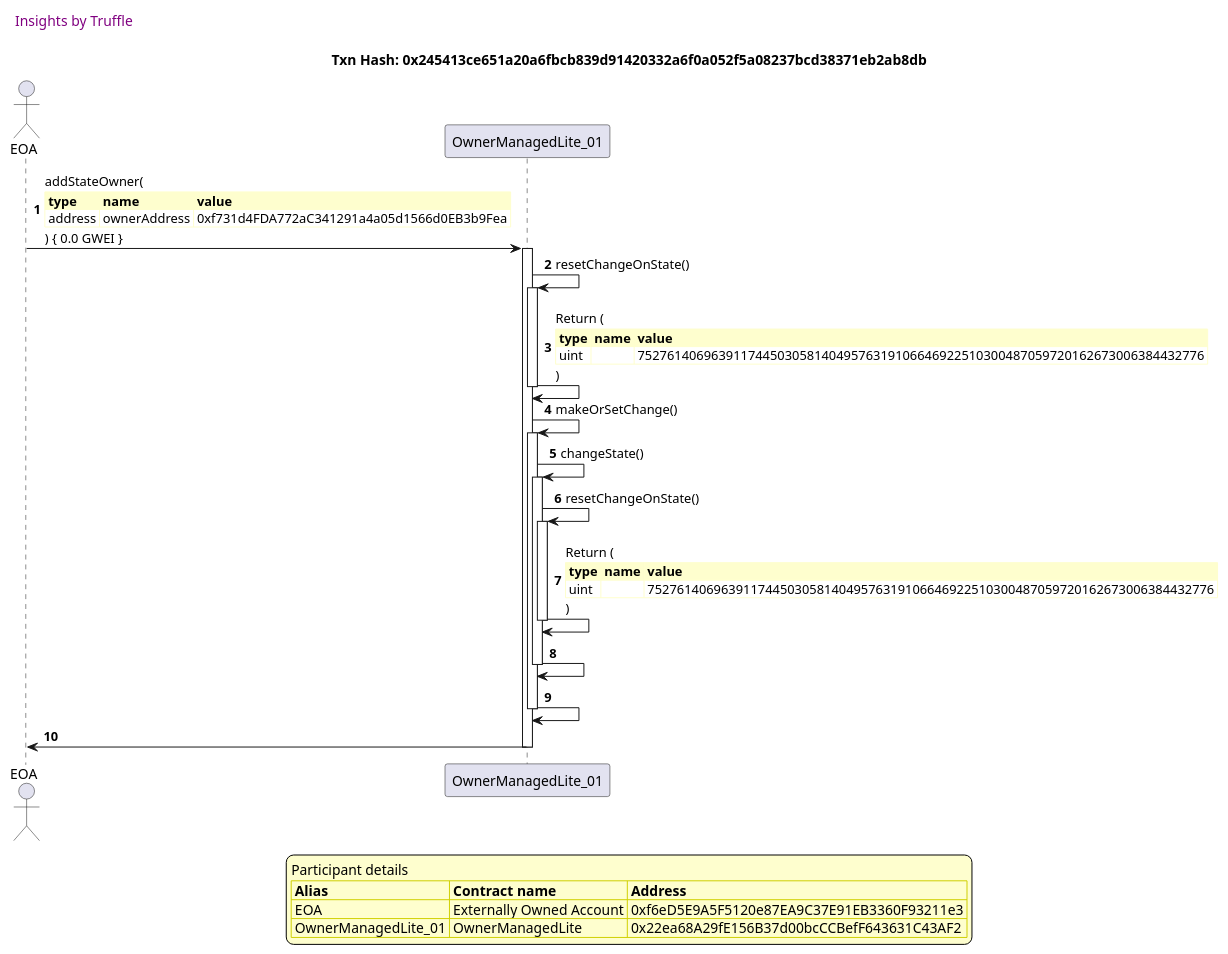
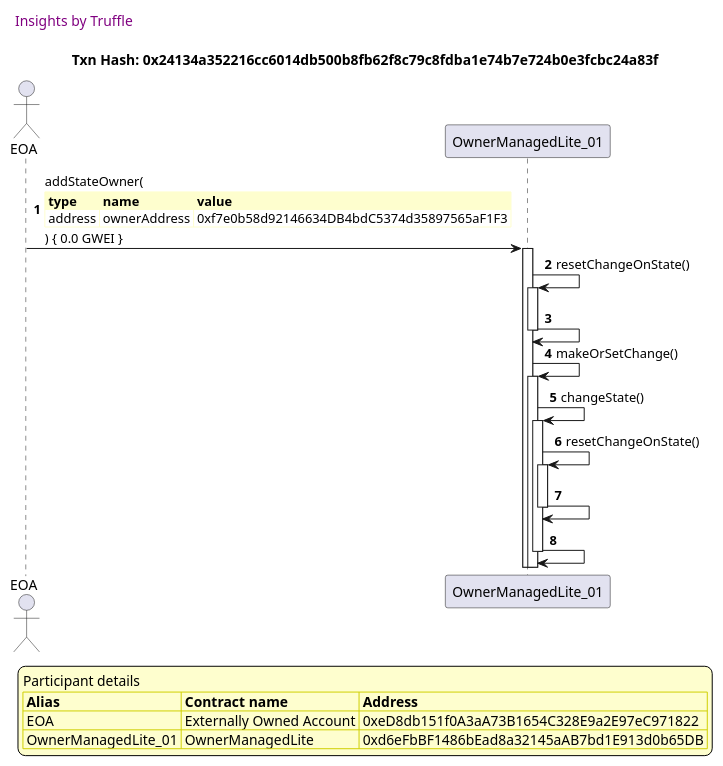
One commit to thedarkjester/ConsensysAssignment changed diagram 12 of 15 in truffle-seq/OwnerManagedLite_test_agree_to_state_change.md. Above: the diagram before and after it, drawn with PlantUML. The commit also changed other lines of this file and 13 other files, not shown here.

````diff
--- a/truffle-seq/OwnerManagedLite_test_agree_to_state_change.md
+++ b/truffle-seq/OwnerManagedLite_test_agree_to_state_change.md
@@ -526,54 +526,46 @@
 ```plantuml
 
 
 @startuml
 
 autonumber
 skinparam legendBackgroundColor #FEFECE
 
 <style>
       header {
         HorizontalAlignment left
         FontColor purple
         FontSize 14
         Padding 10
       }
     </style>
 
 header Insights by Truffle
 
-title Txn Hash: 0x245413ce651a20a6fbcb839d91420332a6f0a052f5a08237bcd38371eb2ab8db
+title Txn Hash: 0x24134a352216cc6014db500b8fb62f8c79c8fdba1e74b7e724b0e3fcbc24a83f
 
 
 actor EOA as "EOA"
 participant OwnerManagedLite_01 as "OwnerManagedLite_01"
 
 "EOA" -> "OwnerManagedLite_01" ++: addStateOwner(\n\
 <#FEFECE,#FEFECE>|= type |= name |= value |\n\
-| address | ownerAddress | 0xf731d4FDA772aC341291a4a05d1566d0EB3b9Fea |\n\
+| address | ownerAddress | 0xf7e0b58d92146634DB4bdC5374d35897565aF1F3 |\n\
 ) { 0.0 GWEI }
 "OwnerManagedLite_01" -> "OwnerManagedLite_01" ++: resetChangeOnState()
-"OwnerManagedLite_01" -> "OwnerManagedLite_01" --: Return (\n\
-<#FEFECE,#FEFECE>|= type |= name |= value |\n\
-| uint |  | 75276140696391174450305814049576319106646922510300487059720162673006384432776 |\n\
-)
+"OwnerManagedLite_01" -> "OwnerManagedLite_01" --: 
 "OwnerManagedLite_01" -> "OwnerManagedLite_01" ++: makeOrSetChange()
 "OwnerManagedLite_01" -> "OwnerManagedLite_01" ++: changeState()
 "OwnerManagedLite_01" -> "OwnerManagedLite_01" ++: resetChangeOnState()
-"OwnerManagedLite_01" -> "OwnerManagedLite_01" --: Return (\n\
-<#FEFECE,#FEFECE>|= type |= name |= value |\n\
-| uint |  | 75276140696391174450305814049576319106646922510300487059720162673006384432776 |\n\
-)
 "OwnerManagedLite_01" -> "OwnerManagedLite_01" --: 
 "OwnerManagedLite_01" -> "OwnerManagedLite_01" --: 
-"OwnerManagedLite_01" -> "EOA" --: 
 
 legend
 Participant details
 <#FEFECE,#D0D000>|= Alias |= Contract name |= Address |
-<#FEFECE>| EOA | Externally Owned Account | 0xf6eD5E9A5F5120e87EA9C37E91EB3360F93211e3 |
-<#FEFECE>| OwnerManagedLite_01 | OwnerManagedLite | 0x22ea68A29fE156B37d00bcCCBefF643631C43AF2 |
+<#FEFECE>| EOA | Externally Owned Account | 0xeD8db151f0A3aA73B1654C328E9a2E97eC971822 |
+<#FEFECE>| OwnerManagedLite_01 | OwnerManagedLite | 0xd6eFbBF1486bEad8a32145aAB7bd1E913d0b65DB |
 endlegend
 
 @enduml
 ```
````
